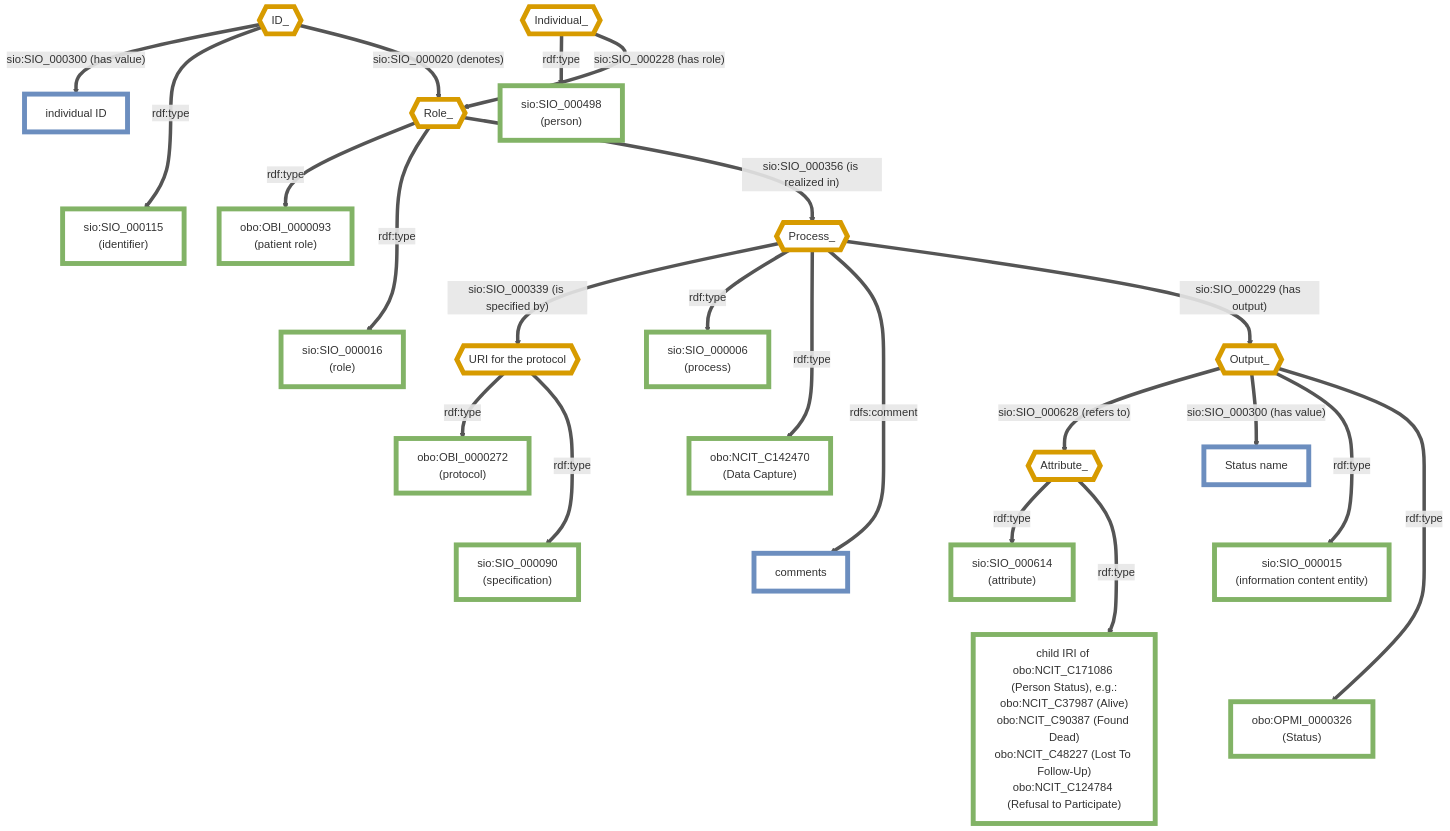
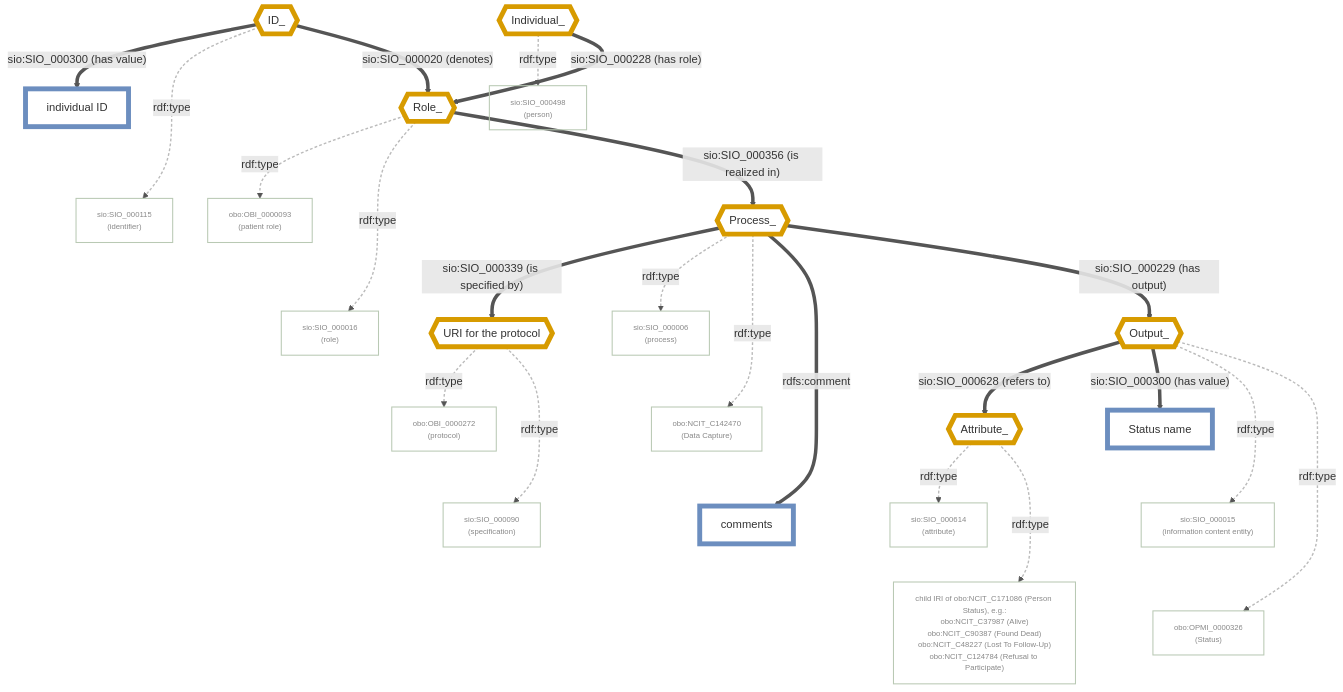
The diagram in CARE-SM-obo-Status.md (wilkinsonlab/CARE-Semantic-Model-Version-2), drawn with Mermaid before and after one commit. The commit also changed 21 other files, not shown here.

Commit message:
rdf:type is now transparent so it doesn't ingterfere with the rest of the diagram.  So much better!

````diff
--- a/CARE-SM-obo-Status.md
+++ b/CARE-SM-obo-Status.md
@@ -14,74 +14,76 @@
 ```mermaid
 flowchart TD
     classDef usedInstance fill:#ffffff,stroke:#d79b00,stroke-width:7px,color:#333
-    classDef classNode fill:#ffffff,stroke:#82b366,stroke-width:7px,color:#333
+    classDef classNode fill:transparent,stroke:#b9c9b4,stroke-width:1.5px,color:#888,font-size:11px
     classDef dataValue fill:#ffffff,stroke:#6c8ebf,stroke-width:7px,color:#333
     linkStyle default stroke:#555,stroke-width:5px
 
     %% Instances
     ID_{{ID_}}:::usedInstance
     Individual_{{Individual_}}:::usedInstance
     Role_{{Role_}}:::usedInstance
     Process_{{Process_}}:::usedInstance
     Output_{{Output_}}:::usedInstance
     Attribute_{{Attribute_}}:::usedInstance
     URIProtocol{{"URI for the protocol"}}:::usedInstance
 
     %% Classes
     SIO_000115["sio:SIO_000115<br/>(identifier)"]:::classNode
     SIO_000498["sio:SIO_000498<br/>(person)"]:::classNode
     OBI_0000093["obo:OBI_0000093<br/>(patient role)"]:::classNode
     SIO_000016["sio:SIO_000016<br/>(role)"]:::classNode
     SIO_000006["sio:SIO_000006<br/>(process)"]:::classNode
     NCIT_C142470["obo:NCIT_C142470<br/>(Data Capture)"]:::classNode
     OBI_0000272["obo:OBI_0000272<br/>(protocol)"]:::classNode
     SIO_000090["sio:SIO_000090<br/>(specification)"]:::classNode
     SIO_000015["sio:SIO_000015<br/>(information content entity)"]:::classNode
     OPMI_0000326["obo:OPMI_0000326<br/>(Status)"]:::classNode
     SIO_000614["sio:SIO_000614<br/>(attribute)"]:::classNode
     PersonStatusChildIRI["child IRI of obo:NCIT_C171086 (Person Status), e.g.:<br/>obo:NCIT_C37987 (Alive)<br/>obo:NCIT_C90387 (Found Dead)<br/>obo:NCIT_C48227 (Lost To Follow-Up)<br/>obo:NCIT_C124784 (Refusal to Participate)"]:::classNode
 
     %% Data values
     IndividualID["individual ID"]:::dataValue
     Comments["comments"]:::dataValue
     StatusName["Status name"]:::dataValue
 
     %% Real edges (indices 0-20)
     ID_ -->|"sio:SIO_000300 (has value)"| IndividualID
     ID_ -->|"rdf:type"| SIO_000115
     ID_ -->|"sio:SIO_000020 (denotes)"| Role_
 
     Individual_ -->|"rdf:type"| SIO_000498
     Individual_ -->|"sio:SIO_000228 (has role)"| Role_
 
     Role_ -->|"rdf:type"| OBI_0000093
     Role_ -->|"rdf:type"| SIO_000016
     Role_ -->|"sio:SIO_000356 (is realized in)"| Process_
 
     Process_ -->|"sio:SIO_000339 (is specified by)"| URIProtocol
     Process_ -->|"rdf:type"| SIO_000006
     Process_ -->|"rdf:type"| NCIT_C142470
     Process_ -->|"rdfs:comment"| Comments
     Process_ -->|"sio:SIO_000229 (has output)"| Output_
 
     URIProtocol -->|"rdf:type"| OBI_0000272
     URIProtocol -->|"rdf:type"| SIO_000090
 
     Output_ -->|"sio:SIO_000628 (refers to)"| Attribute_
     Output_ -->|"sio:SIO_000300 (has value)"| StatusName
     Output_ -->|"rdf:type"| SIO_000015
     Output_ -->|"rdf:type"| OPMI_0000326
 
     Attribute_ -->|"rdf:type"| SIO_000614
     Attribute_ -->|"rdf:type"| PersonStatusChildIRI
 
     %% Invisible layout-only chains (indices 21-28, hidden below) force siblings into one column
     IndividualID ~~~ SIO_000115
     OBI_0000093 ~~~ SIO_000016
     SIO_000006 ~~~ NCIT_C142470 ~~~ Comments
     OBI_0000272 ~~~ SIO_000090
     StatusName ~~~ SIO_000015 ~~~ OPMI_0000326
     SIO_000614 ~~~ PersonStatusChildIRI
 
+    %% rdf:type edges (indices 1,3,5,6,9,10,13,14,17,18,19,20) de-emphasized so the structural backbone stands out
+    linkStyle 1,3,5,6,9,10,13,14,17,18,19,20 stroke:#bbb,stroke-width:2px,stroke-dasharray:4 3
     linkStyle 21,22,23,24,25,26,27,28 stroke:none
 ```
````
